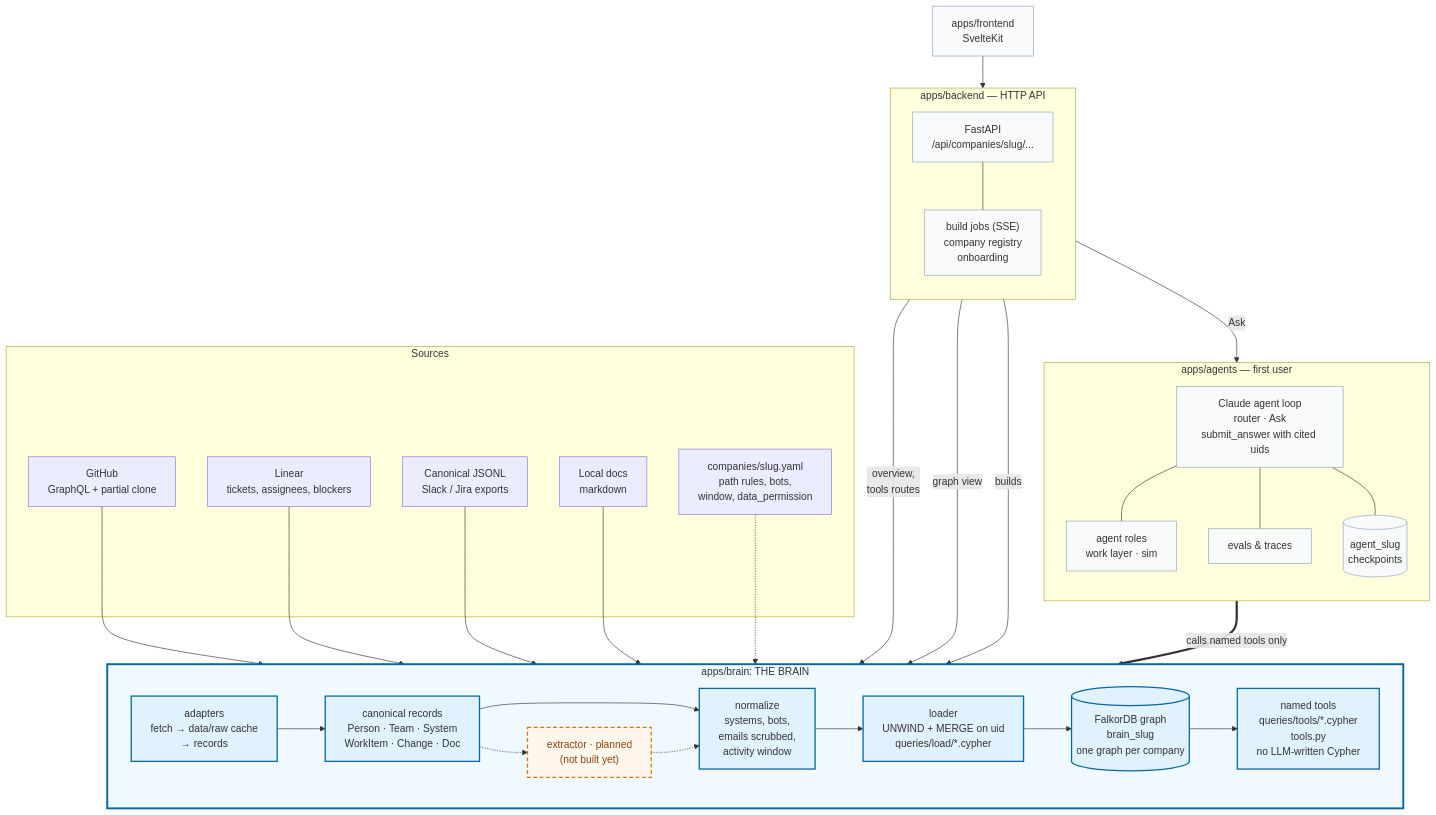
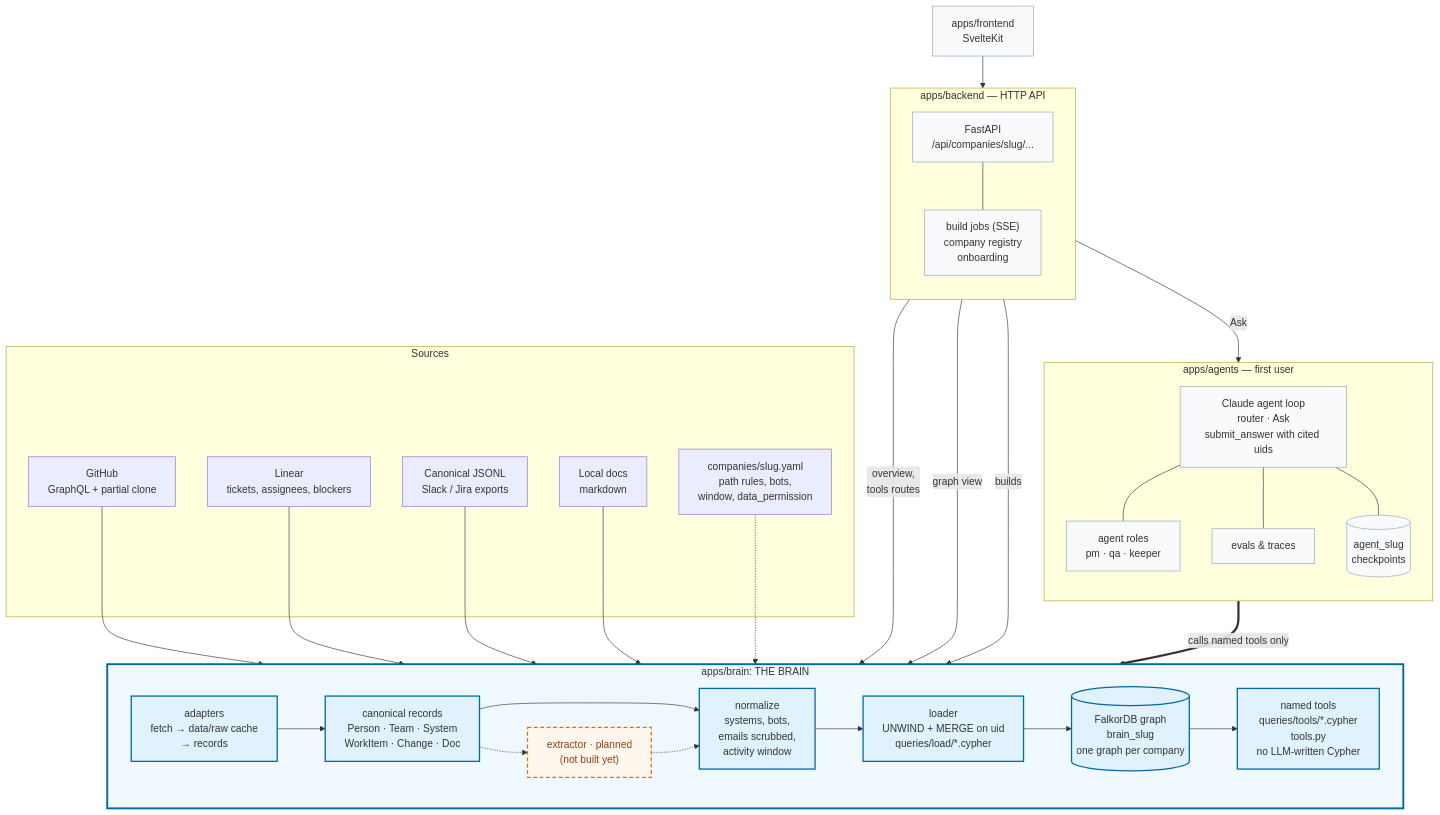
One commit to himanshu634/citadel changed the diagram in docs/architecture/architecture.mmd. Above: the diagram before and after it, drawn with Mermaid. The commit also changed 62 other files, not shown here.

```diff
--- a/docs/architecture/architecture.mmd
+++ b/docs/architecture/architecture.mmd
@@ -1,61 +1,61 @@
 graph TB
   subgraph SRC["Sources"]
     GH["GitHub<br/>GraphQL + partial clone"]
     LIN["Linear<br/>tickets, assignees, blockers"]
     JSONL["Canonical JSONL<br/>Slack / Jira exports"]
     DOCS["Local docs<br/>markdown"]
     CFG["companies/slug.yaml<br/>path rules, bots,<br/>window, data_permission"]
   end
 
   subgraph BRAIN["apps/brain: THE BRAIN"]
     direction LR
     AD["adapters<br/>fetch → data/raw cache<br/>→ records"]
     CAN["canonical records<br/>Person · Team · System<br/>WorkItem · Change · Doc"]
     EXT["extractor · planned<br/>(not built yet)"]
     NORM["normalize<br/>systems, bots,<br/>emails scrubbed,<br/>activity window"]
     LOAD["loader<br/>UNWIND + MERGE on uid<br/>queries/load/*.cypher"]
     G[("FalkorDB graph<br/>brain_slug<br/>one graph per company")]
     TOOLS["named tools<br/>queries/tools/*.cypher<br/>tools.py<br/>no LLM-written Cypher"]
     AD --> CAN --> NORM --> LOAD --> G --> TOOLS
     CAN -.-> EXT -.-> NORM
   end
 
   subgraph AGENTS["apps/agents — first user"]
     direction TB
     LOOP["Claude agent loop<br/>router · Ask<br/>submit_answer with cited uids"]
-    ROLES["agent roles<br/>work layer · sim"]
+    ROLES["agent roles<br/>pm · qa · keeper"]
     EVAL["evals & traces"]
     CK[("agent_slug<br/>checkpoints")]
     LOOP --- ROLES
     LOOP --- EVAL
     LOOP --- CK
   end
 
   subgraph BACK["apps/backend — HTTP API"]
     direction TB
     API["FastAPI<br/>/api/companies/slug/..."]
     JOBS["build jobs (SSE)<br/>company registry<br/>onboarding"]
   end
 
   FE["apps/frontend<br/>SvelteKit"]
 
   GH --> AD
   LIN --> AD
   JSONL --> AD
   DOCS --> AD
   CFG -.-> NORM
   LOOP ==>|"calls named tools only"| TOOLS
   API -->|"overview,<br/>tools routes"| TOOLS
   API -->|"graph view"| G
   API -->|"Ask"| LOOP
   JOBS -->|"builds"| AD
   FE --> API
   API --- JOBS
 
   classDef planned stroke-dasharray: 6 4,stroke:#d97706,stroke-width:2px,fill:#fff7ed,color:#92400e
   classDef engine fill:#e0f2fe,stroke:#0369a1,stroke-width:2px
   classDef thin fill:#f8fafc,stroke:#94a3b8
   class EXT planned
   class AD,CAN,NORM,LOAD,G,TOOLS engine
   class API,JOBS,FE,LOOP,ROLES,EVAL,CK thin
   style BRAIN fill:#f0f9ff,stroke:#0369a1,stroke-width:3px
```
